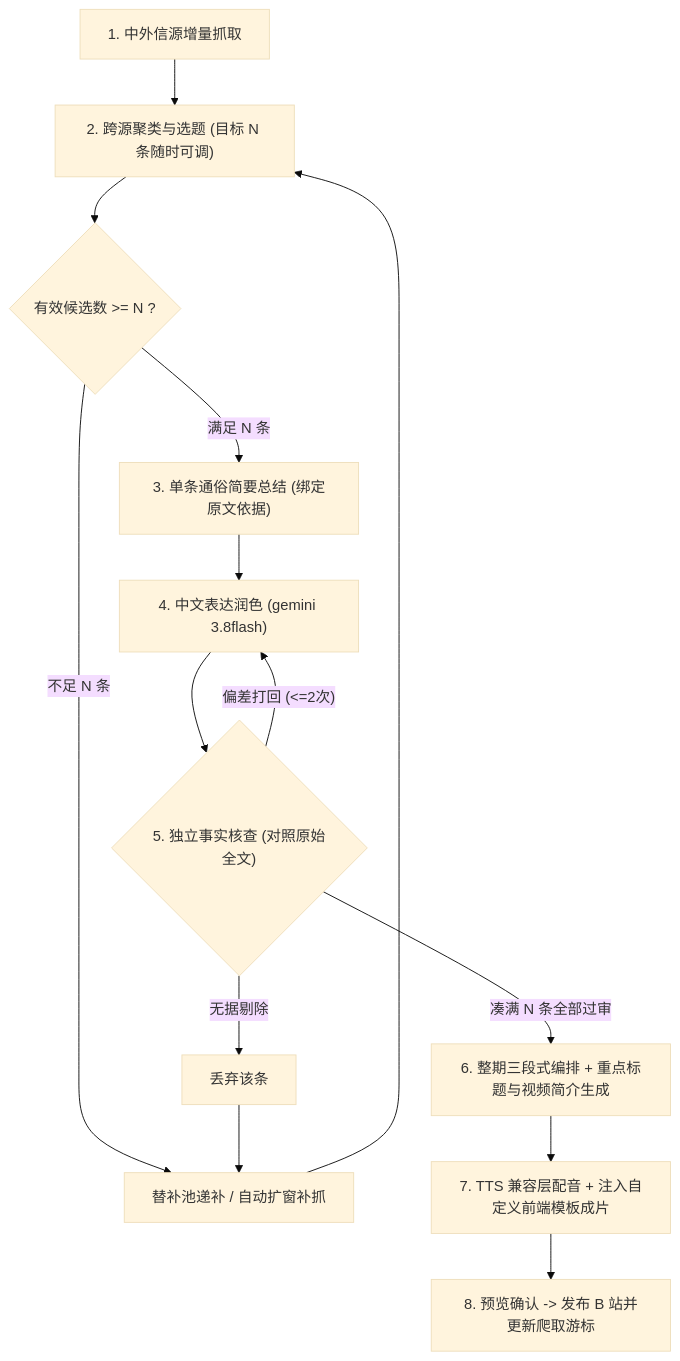
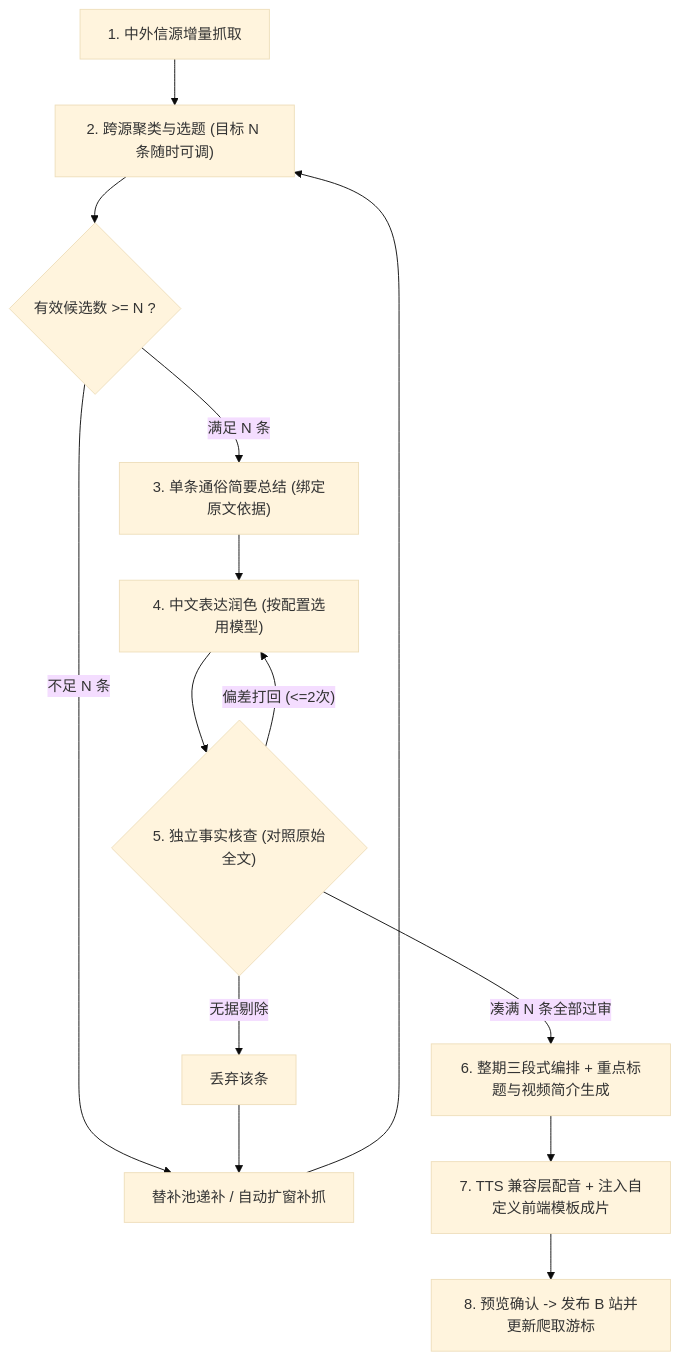
The diagram in docs/业务流程说明.md (SATA260/AutoNews), drawn with Mermaid (base theme) before and after one commit. The commit also changed other lines of this file and 85 other files, not shown here.

````diff
--- a/docs/业务流程说明.md
+++ b/docs/业务流程说明.md
@@ -11,16 +11,16 @@
 ```mermaid
 flowchart TD
     S1["1. 中外信源增量抓取"] --> S2["2. 跨源聚类与选题 (目标 N 条随时可调)"]
     S2 --> CheckCount{"有效候选数 >= N ?"}
     CheckCount -- "不足 N 条" --> Refill["替补池递补 / 自动扩窗补抓"]
     Refill --> S2
     CheckCount -- "满足 N 条" --> S3["3. 单条通俗简要总结 (绑定原文依据)"]
-    S3 --> S4["4. 中文表达润色 (gemini 3.8flash)"]
+    S3 --> S4["4. 中文表达润色 (按配置选用模型)"]
     S4 --> S5{"5. 独立事实核查 (对照原始全文)"}
     S5 -- "偏差打回 (<=2次)" --> S4
     S5 -- "无据剔除" --> Drop["丢弃该条"]
     Drop --> Refill
     S5 -- "凑满 N 条全部过审" --> S6["6. 整期三段式编排 + 重点标题与视频简介生成"]
     S6 --> S7["7. TTS 兼容层配音 + 注入自定义前端模板成片"]
     S7 --> S8["8. 预览确认 -> 发布 B 站并更新爬取游标"]
 ```
````
